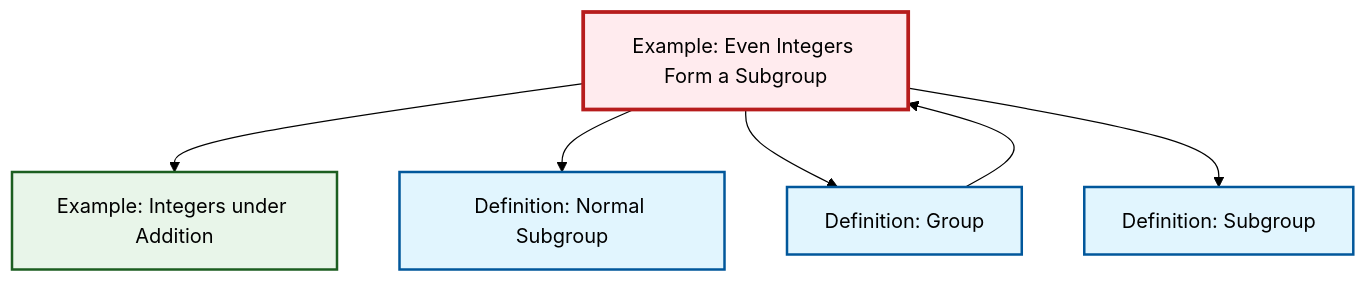
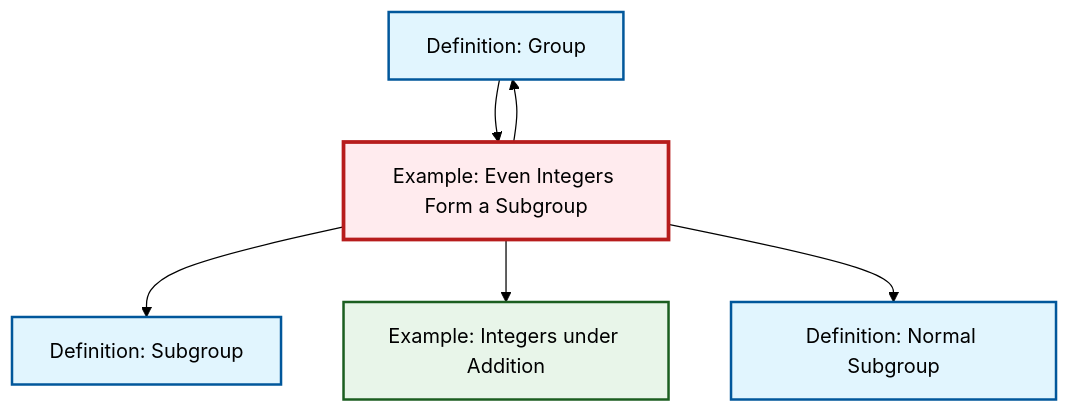
One commit to RK0429/ModernMath changed the diagram in content/en/algebra/ex-even-integers-subgroup.qmd. Above: the diagram before and after it, drawn with Mermaid (forest theme). The commit also changed other lines of this file and 530 other files, not shown here.

````diff
--- a/content/en/algebra/ex-even-integers-subgroup.qmd
+++ b/content/en/algebra/ex-even-integers-subgroup.qmd
@@ -49,24 +49,24 @@
 ```{mermaid}
 %%| fig-cap: "Local dependency graph"
 graph TD
     classDef definition fill:#e1f5fe,stroke:#01579b,stroke-width:2px
     classDef theorem fill:#f3e5f5,stroke:#4a148c,stroke-width:2px
     classDef axiom fill:#fff3e0,stroke:#e65100,stroke-width:2px
     classDef example fill:#e8f5e9,stroke:#1b5e20,stroke-width:2px
     classDef current fill:#ffebee,stroke:#b71c1c,stroke-width:3px
+    def-subgroup["Definition: Subgroup"]:::definition
     def-normal-subgroup["Definition: Normal Subgroup"]:::definition
-    ex-even-integers-subgroup["Example: Even Integers Form a Subgroup"]:::example
-    def-subgroup["Definition: Subgroup"]:::definition
     def-group["Definition: Group"]:::definition
     ex-integers-addition["Example: Integers under Addition"]:::example
+    ex-even-integers-subgroup["Example: Even Integers Form a Subgroup"]:::example
+    ex-even-integers-subgroup --> def-subgroup
+    ex-even-integers-subgroup --> def-group
     ex-even-integers-subgroup --> ex-integers-addition
+    def-group --> ex-even-integers-subgroup
     ex-even-integers-subgroup --> def-normal-subgroup
-    ex-even-integers-subgroup --> def-group
-    def-group --> ex-even-integers-subgroup
-    ex-even-integers-subgroup --> def-subgroup
     class ex-even-integers-subgroup current
+    click def-subgroup "def-subgroup.html" "Go to Subgroup definition"
     click def-normal-subgroup "def-normal-subgroup.html" "Go to Normal Subgroup definition"
-    click def-subgroup "def-subgroup.html" "Go to Subgroup definition"
     click def-group "def-group.html" "Go to Group definition"
     click ex-integers-addition "ex-integers-addition.html" "Go to Integers under Addition example"
 ```
````
